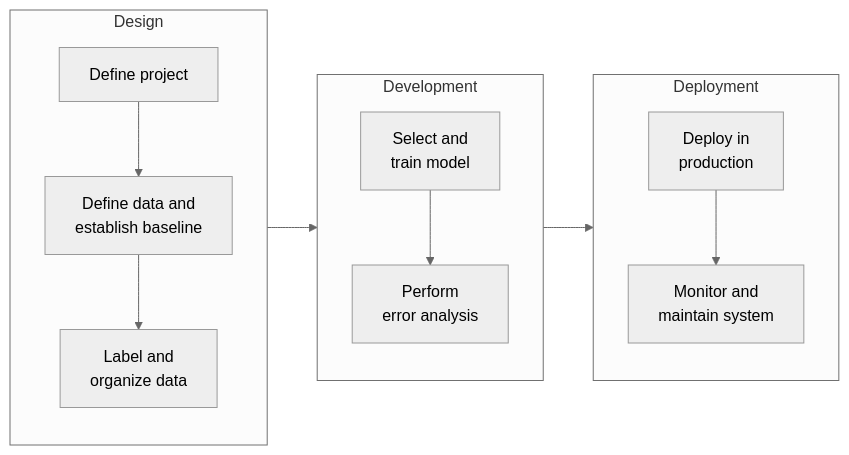
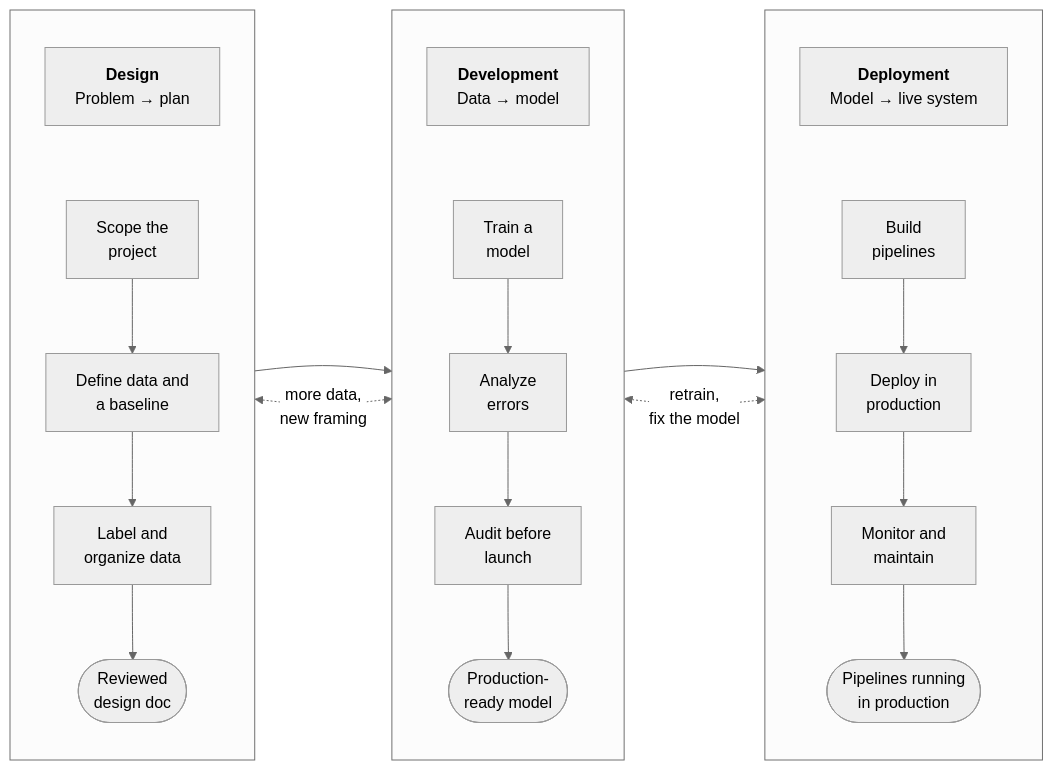
The diagram in docs/overview/lifecycle.md (0trm/mlkb), drawn with Mermaid (neutral theme) before and after one commit. The commit also changed other lines of this file and 12 other files, not shown here.

Commit message:
Fold Google's Managing ML Projects course into the notes, with stage goals and exit outcomes in a redrawn process diagram

````diff
--- a/docs/overview/lifecycle.md
+++ b/docs/overview/lifecycle.md
@@ -7,16 +7,20 @@
 ```mermaid
 flowchart LR
-  subgraph design[Design]
+  subgraph design[" "]
     direction TB
-    A[Define project] --> B[Define data and<br>establish baseline] --> C[Label and<br>organize data]
+    T1["<b>Design</b><br>Problem → plan"] ~~~ A[Scope the<br>project] --> B[Define data and<br>a baseline] --> C[Label and<br>organize data] --> O1([Reviewed<br>design doc])
   end
-  subgraph development[Development]
+  subgraph development[" "]
     direction TB
-    D[Select and<br>train model] --> E[Perform<br>error analysis]
+    T2["<b>Development</b><br>Data → model"] ~~~ D[Train a<br>model] --> E[Analyze<br>errors] --> F[Audit before<br>launch] --> O2([Production-<br>ready model])
   end
-  subgraph deployment[Deployment]
+  subgraph deployment[" "]
     direction TB
-    F[Deploy in<br>production] --> G[Monitor and<br>maintain system]
+    T3["<b>Deployment</b><br>Model#nbsp;→#nbsp;live#nbsp;system"] ~~~ G[Build<br>pipelines] --> H[Deploy in<br>production] --> I[Monitor and<br>maintain] --> O3([Pipelines running<br>in production])
   end
   design --> development --> deployment
+  design <-.->|more data,<br>new framing| development
+  development <-.->|retrain,<br>fix the model| deployment
+  class T1,T2,T3 stagehead
+  class O1,O2,O3 outcome
 ```
````
